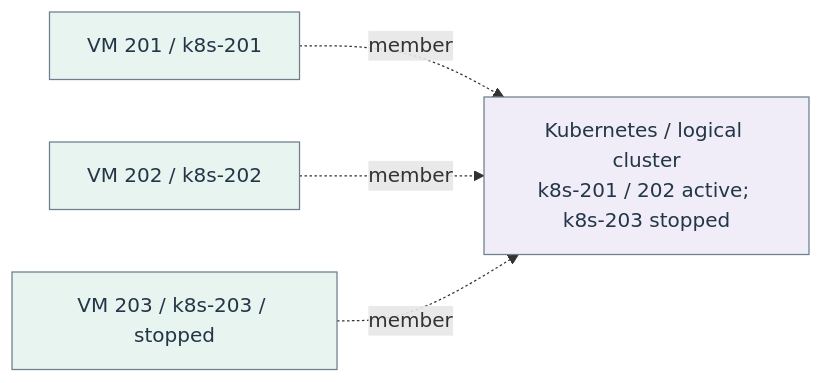
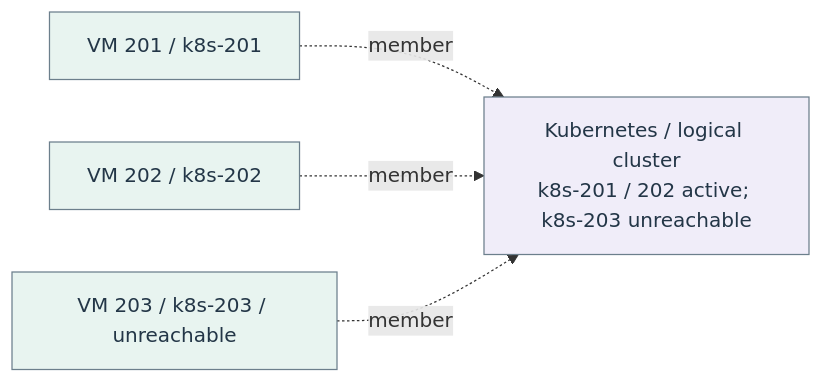
One commit to Harsh-2002/Homelab changed diagram 18 of 22 in docs/architecture/homelab-mermaid.md. Above: the diagram before and after it, drawn with Mermaid. The commit also changed other lines of this file and 67 other files, not shown here.

````diff
--- a/docs/architecture/homelab-mermaid.md
+++ b/docs/architecture/homelab-mermaid.md
@@ -554,14 +554,14 @@
 ```mermaid
 flowchart LR
-  n_flow_8_0["Kubernetes / logical cluster<br/>k8s-201 / 202 active; k8s-203 stopped"]
+  n_flow_8_0["Kubernetes / logical cluster<br/>k8s-201 / 202 active; k8s-203 unreachable"]
   n_flow_8_1["VM 201 / k8s-201"]
   n_flow_8_2["VM 202 / k8s-202"]
-  n_flow_8_3["VM 203 / k8s-203 / stopped"]
+  n_flow_8_3["VM 203 / k8s-203 / unreachable"]
   n_flow_8_1 -.->|"member"| n_flow_8_0
   n_flow_8_2 -.->|"member"| n_flow_8_0
   n_flow_8_3 -.->|"member"| n_flow_8_0
   classDef c_flow_8_0 fill:#f0edf9,stroke:#6c7f8c,color:#233647;
   class n_flow_8_0 c_flow_8_0;
   classDef c_flow_8_1 fill:#e8f4f0,stroke:#6c7f8c,color:#233647;
   class n_flow_8_1,n_flow_8_2,n_flow_8_3 c_flow_8_1;
 ```
````
